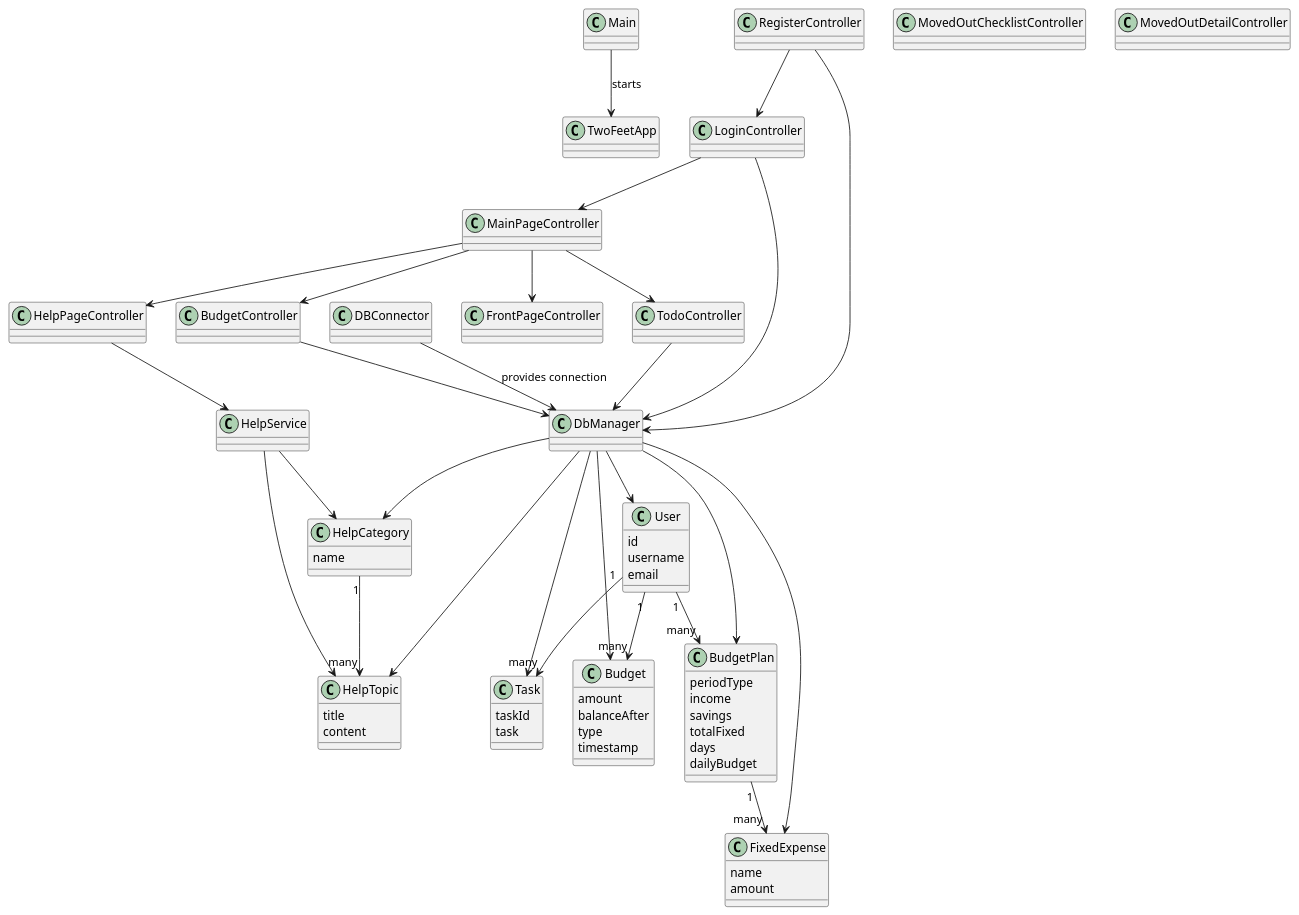
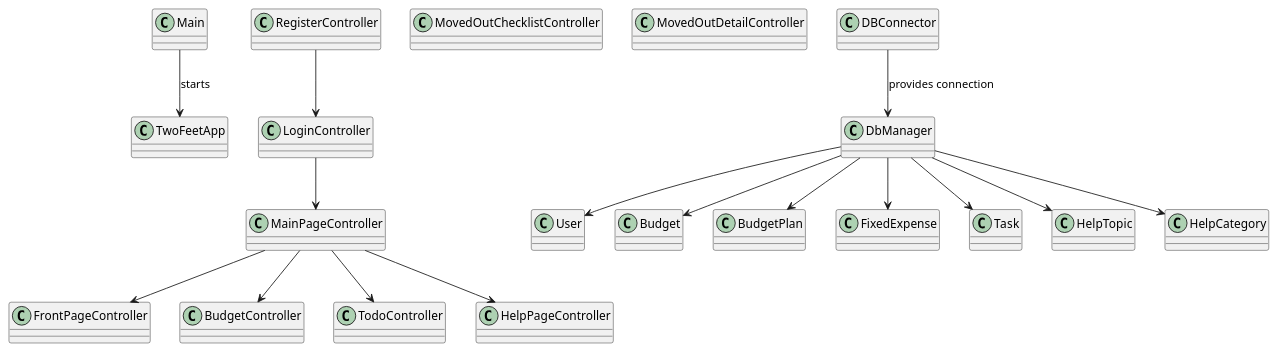
Before and after one commit to Melissabekirova04/TwoFeet: the diagram in modeller/KlasseDiagram.puml, drawn with PlantUML. The commit also changed 1 other file, not shown here.

Commit message:
klasseDiagram og domænemodel

```diff
--- a/modeller/KlasseDiagram.puml
+++ b/modeller/KlasseDiagram.puml
@@ -1,116 +1,47 @@
 @startuml
 skinparam classAttributeIconSize 0
 
 ' =====================
 ' Core Application
 ' =====================
 class Main
 class TwoFeetApp
 
 Main --> TwoFeetApp : starts
 
 ' =====================
 ' Controllers
 ' =====================
 class LoginController
 class RegisterController
 class MainPageController
 class FrontPageController
 class BudgetController
 class TodoController
 class HelpPageController
 class MovedOutChecklistController
 class MovedOutDetailController
 
 ' Navigation relations
 LoginController --> MainPageController
 RegisterController --> LoginController
 MainPageController --> BudgetController
 MainPageController --> TodoController
 MainPageController --> HelpPageController
 MainPageController --> FrontPageController
 
 ' =====================
 ' Database / Persistence
 ' =====================
 class DBConnector
 class DbManager
 
 DBConnector --> DbManager : provides connection
 DbManager --> User
 DbManager --> Budget
 DbManager --> BudgetPlan
 DbManager --> FixedExpense
 DbManager --> Task
 DbManager --> HelpTopic
 DbManager --> HelpCategory
-
-' =====================
-' Domain / Models
-' =====================
-class User {
-  id
-  username
-  email
-}
-
-class Budget {
-  amount
-  balanceAfter
-  type
-  timestamp
-}
-
-class BudgetPlan {
-  periodType
-  income
-  savings
-  totalFixed
-  days
-  dailyBudget
-}
-
-class FixedExpense {
-  name
-  amount
-}
-
-class Task {
-  taskId
-  task
-}
-
-class HelpTopic {
-  title
-  content
-}
-
-class HelpCategory {
-  name
-}
-
-' =====================
-' Services
-' =====================
-class HelpService
-
-HelpService --> HelpTopic
-HelpService --> HelpCategory
-HelpPageController --> HelpService
-
-' =====================
-' Relationships
-' =====================
-User "1" --> "many" Budget
-User "1" --> "many" Task
-User "1" --> "many" BudgetPlan
-
-BudgetPlan "1" --> "many" FixedExpense
-HelpCategory "1" --> "many" HelpTopic
-
-BudgetController --> DbManager
-TodoController --> DbManager
-LoginController --> DbManager
-RegisterController --> DbManager
-
 @enduml
```
